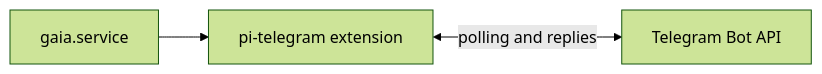
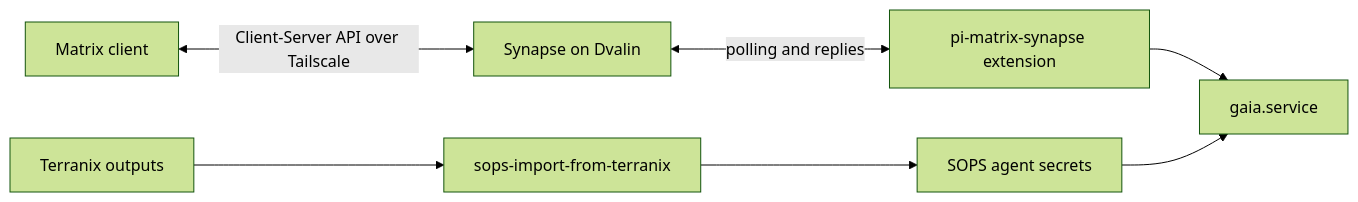
Before and after one commit to jarvahl/nix-config: the diagram in modules/den/aspects/dvalin+/README.md, drawn with Mermaid (forest theme). The commit also changed other lines of this file and 32 other files, not shown here.

Commit message:
matrix: Replace Gaia Telegram with self-hosted Matrix

````diff
--- a/modules/den/aspects/dvalin+/README.md
+++ b/modules/den/aspects/dvalin+/README.md
@@ -1,9 +1,15 @@
 ```mermaid
 flowchart LR
+    C[Matrix client]
+    S[Synapse on Dvalin]
+    P[pi-matrix-synapse extension]
     G[gaia.service]
-    P[pi-telegram extension]
-    T[Telegram Bot API]
+    T[Terranix outputs]
+    I[sops-import-from-terranix]
+    E[SOPS agent secrets]
 
-    G --> P
-    P <-->|polling and replies| T
+    C <-->|Client-Server API over Tailscale| S
+    S <-->|polling and replies| P
+    P --> G
+    T --> I --> E --> G
 ```
````
